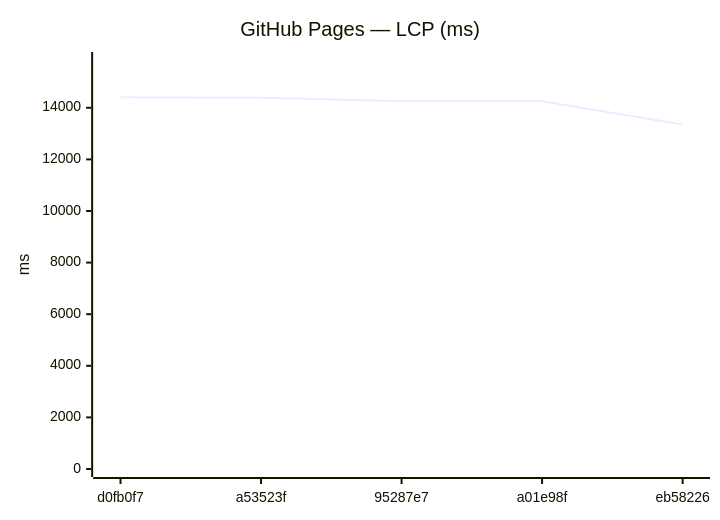
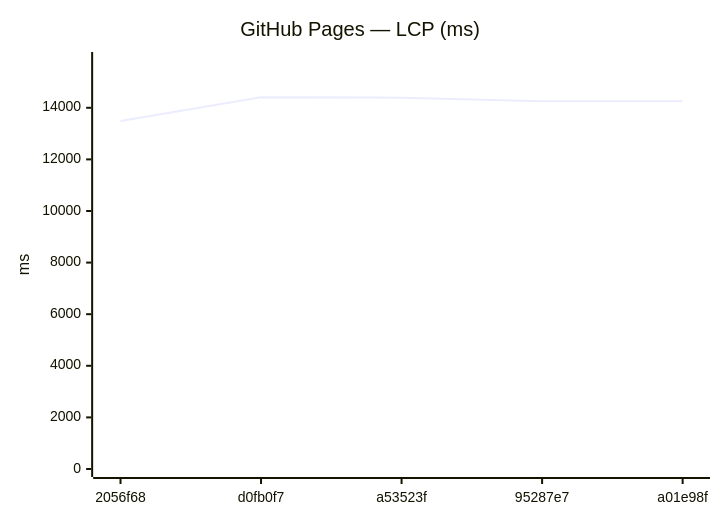
The ninth of 18 diagrams in benchmarks/compare.md (Metaheurist/Rianell), drawn with Mermaid before and after one commit. The commit also changed other lines of this file and 11 other files, not shown here.

````diff
--- a/benchmarks/compare.md
+++ b/benchmarks/compare.md
@@ -142,7 +142,7 @@
 ```mermaid
 xychart-beta
     title "GitHub Pages — LCP (ms)"
-    x-axis ["d0fb0f7", "a53523f", "95287e7", "a01e98f", "eb58226"]
+    x-axis ["2056f68", "d0fb0f7", "a53523f", "95287e7", "a01e98f"]
     y-axis "ms" 0 --> 15852
-    line [14410, 14392, 14255, 14254, 13354]
+    line [13488, 14410, 14392, 14255, 14254]
 ```
````
